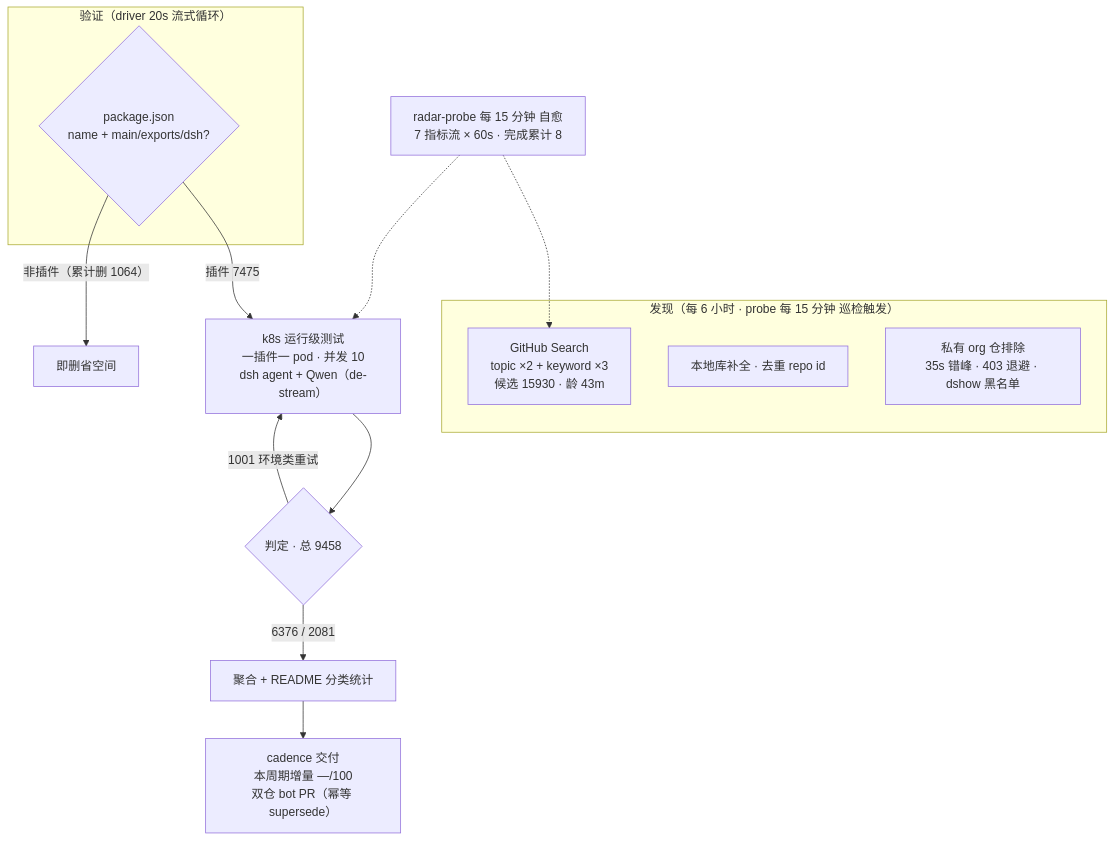
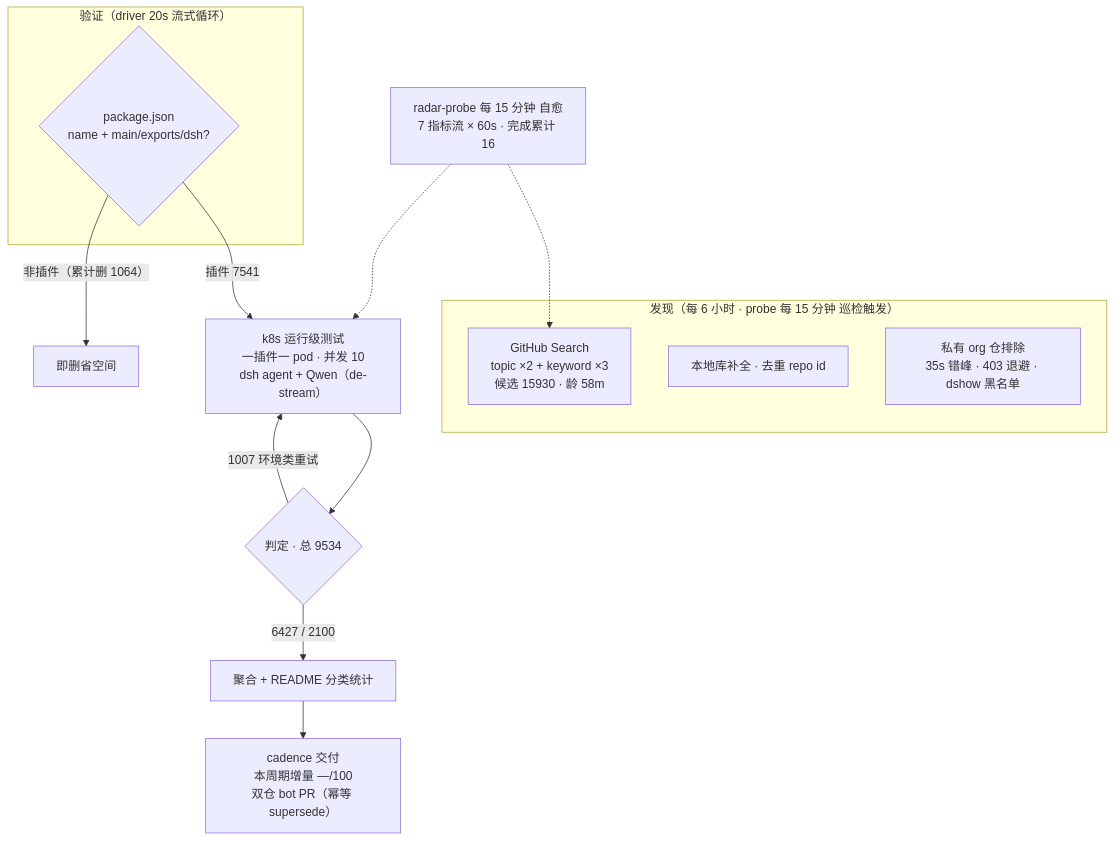
The diagram in README.md (Zhidao-Lab-OSS/awesome-dsh-plugins), drawn with Mermaid before and after one commit. The commit also changed other lines of this file and 1 other file, not shown here.

````diff
--- a/README.md
+++ b/README.md
@@ -37,20 +37,20 @@
 ```mermaid
 flowchart TB
     subgraph Discovery["发现（每 6 小时 · probe 每 15 分钟 巡检触发）"]
-        A1["GitHub Search<br/>topic ×2 + keyword ×3<br/>候选 15930 · 龄 43m"]
+        A1["GitHub Search<br/>topic ×2 + keyword ×3<br/>候选 15930 · 龄 58m"]
         A2["本地库补全 · 去重 repo id"]
         A3["私有 org 仓排除<br/>35s 错峰 · 403 退避 · dshow 黑名单"]
     end
     subgraph Validation["验证（driver 20s 流式循环）"]
         B1{"package.json<br/>name + main/exports/dsh?"}
     end
-    B1 -->|"插件 7475"| C1["k8s 运行级测试<br/>一插件一 pod · 并发 10<br/>dsh agent + Qwen（de-stream）"]
+    B1 -->|"插件 7541"| C1["k8s 运行级测试<br/>一插件一 pod · 并发 10<br/>dsh agent + Qwen（de-stream）"]
     B1 -->|"非插件（累计删 1064）"| B3["即删省空间"]
-    C1 --> D1{"判定 · 总 9458"}
-    D1 -->|"6376 / 2081"| E1["聚合 + README 分类统计"]
-    D1 -->|"1001 环境类重试"| C1
+    C1 --> D1{"判定 · 总 9534"}
+    D1 -->|"6427 / 2100"| E1["聚合 + README 分类统计"]
+    D1 -->|"1007 环境类重试"| C1
     E1 --> E2["cadence 交付<br/>本周期增量 —/100<br/>双仓 bot PR（幂等 supersede）"]
-    M["radar-probe 每 15 分钟 自愈<br/>7 指标流 × 60s · 完成累计 8"]
+    M["radar-probe 每 15 分钟 自愈<br/>7 指标流 × 60s · 完成累计 16"]
     M -.-> A1
     M -.-> C1
 ```
````
